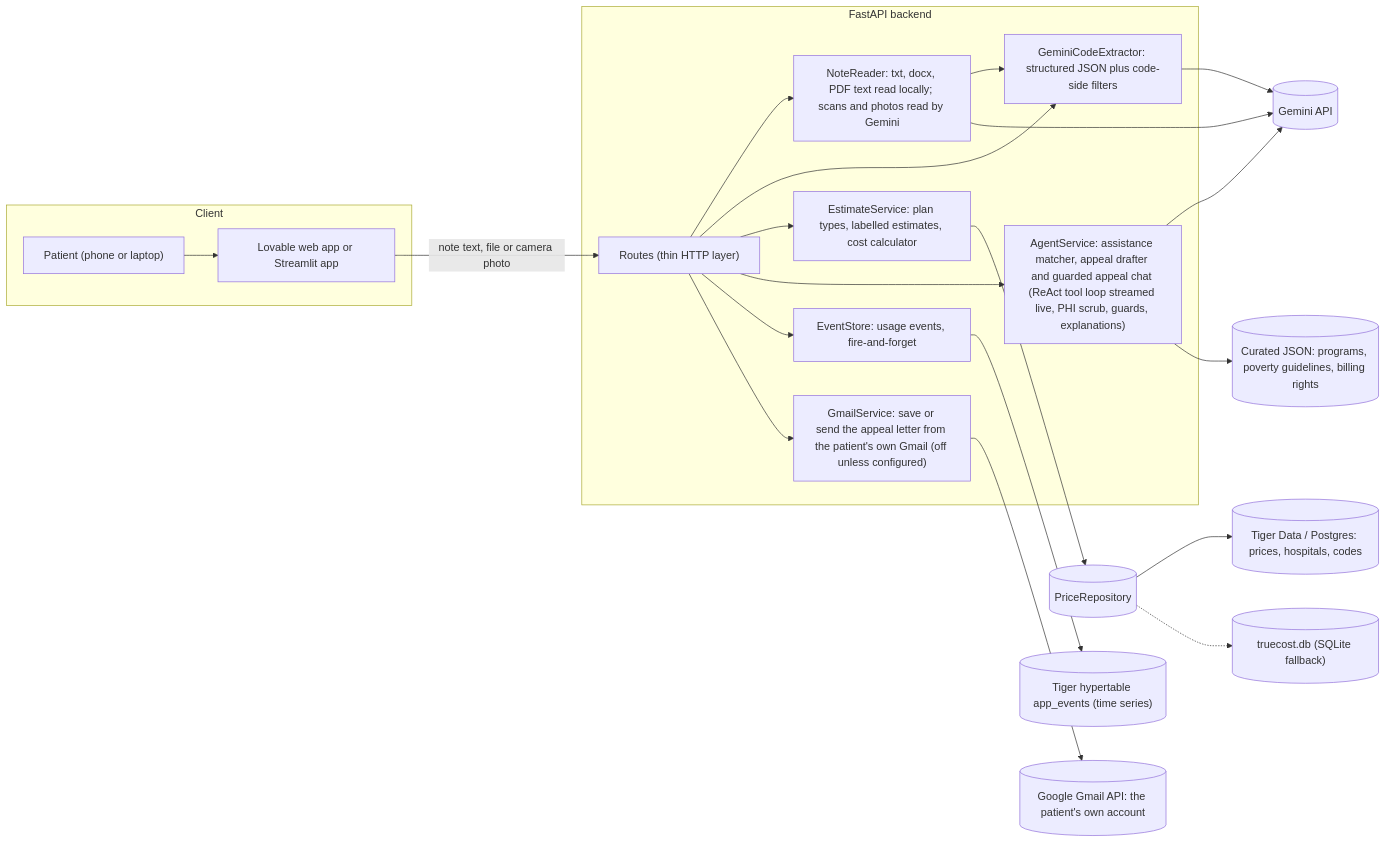
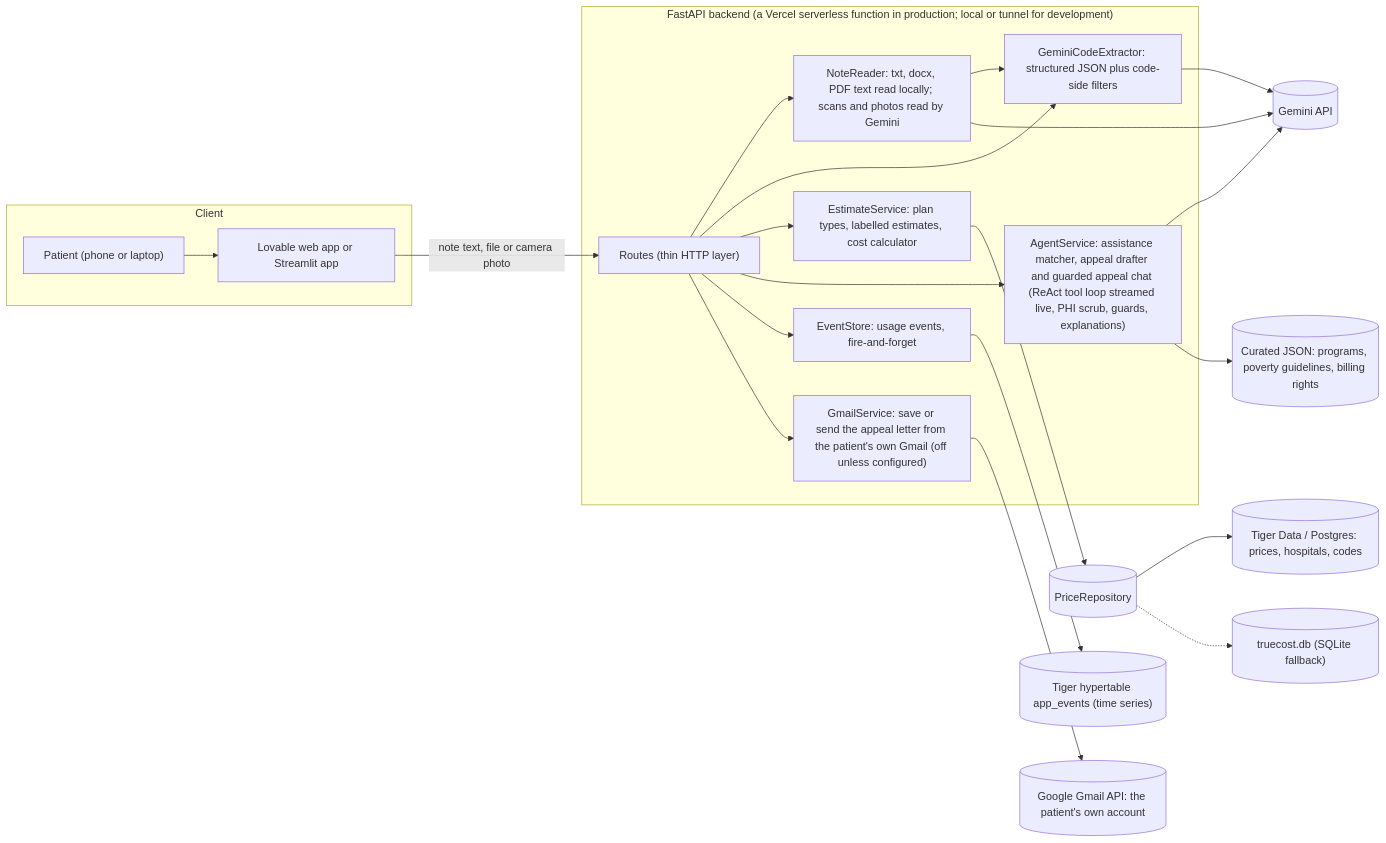
One commit to ChapelFob80930/truecost-cost-navigator changed the first of 3 diagrams in README.md. Above: the diagram before and after it, drawn with Mermaid. The commit also changed other lines of this file and 17 other files, not shown here.

````diff
--- a/README.md
+++ b/README.md
@@ -12,35 +12,35 @@
 ```mermaid
 flowchart LR
   subgraph Client["Client"]
     P["Patient (phone or laptop)"] --> UI["Lovable web app or Streamlit app"]
   end
   UI -->|"note text, file or camera photo"| API
 
-  subgraph Backend["FastAPI backend"]
+  subgraph Backend["FastAPI backend (a Vercel serverless function in production; local or tunnel for development)"]
     API["Routes (thin HTTP layer)"]
     READER["NoteReader: txt, docx, PDF text read locally; scans and photos read by Gemini"]
     EXTRACT["GeminiCodeExtractor: structured JSON plus code-side filters"]
     EST["EstimateService: plan types, labelled estimates, cost calculator"]
     AG["AgentService: assistance matcher, appeal drafter and guarded appeal chat (ReAct tool loop streamed live, PHI scrub, guards, explanations)"]
     EVT["EventStore: usage events, fire-and-forget"]
     MAIL["GmailService: save or send the appeal letter from the patient's own Gmail (off unless configured)"]
   end
 
   API --> READER
   READER --> EXTRACT
   API --> EXTRACT
   API --> EST
   API --> AG
   API --> EVT
   API --> MAIL
   MAIL --> GMAIL[("Google Gmail API: the patient's own account")]
 
   EXTRACT --> GEM[("Gemini API")]
   READER --> GEM
   AG --> GEM
   AG --> DATA[("Curated JSON: programs, poverty guidelines, billing rights")]
   EST --> REPO[("PriceRepository")]
   REPO --> TIGER[("Tiger Data / Postgres: prices, hospitals, codes")]
   REPO -.-> SQLITE[("truecost.db (SQLite fallback)")]
   EVT --> HYPER[("Tiger hypertable app_events (time series)")]
 ```
````
